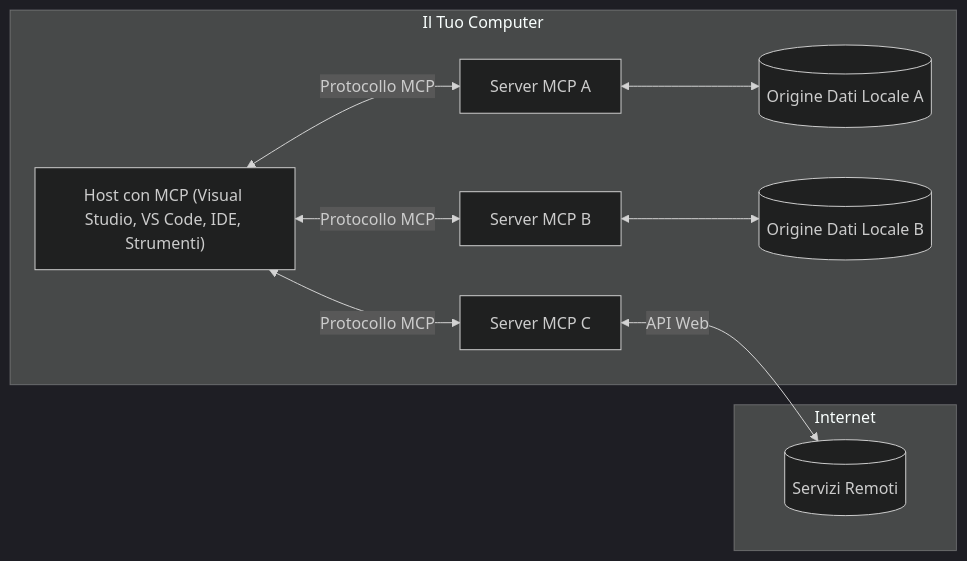
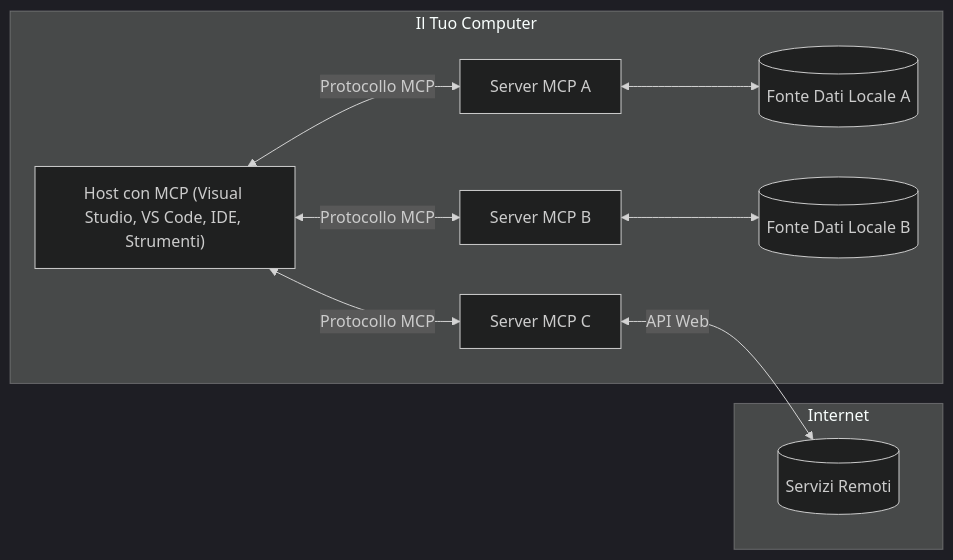
Before and after one commit to HIDORAKAI002/ai-workspace-archive: the diagram in mcp_ecosystem__model_context_protocol/mcp_learning_resources/mcp-for-beginners/translations/it/01-CoreConcepts/README.md, drawn with Mermaid (dark theme). The commit also changed other lines of this file and 1046 other files, not shown here.

````diff
--- a/mcp_ecosystem__model_context_protocol/mcp_learning_resources/mcp-for-beginners/translations/it/01-CoreConcepts/README.md
+++ b/mcp_ecosystem__model_context_protocol/mcp_learning_resources/mcp-for-beginners/translations/it/01-CoreConcepts/README.md
@@ -45,17 +45,17 @@
 ```mermaid
 flowchart LR
     subgraph "Il Tuo Computer"
         Host["Host con MCP (Visual Studio, VS Code, IDE, Strumenti)"]
         S1["Server MCP A"]
         S2["Server MCP B"]
         S3["Server MCP C"]
         Host <-->|"Protocollo MCP"| S1
         Host <-->|"Protocollo MCP"| S2
         Host <-->|"Protocollo MCP"| S3
-        S1 <--> D1[("Origine Dati Locale A")]
-        S2 <--> D2[("Origine Dati Locale B")]
+        S1 <--> D1[("Fonte Dati Locale A")]
+        S2 <--> D2[("Fonte Dati Locale B")]
     end
     subgraph "Internet"
         S3 <-->|"API Web"| D3[("Servizi Remoti")]
     end
 ```
````
